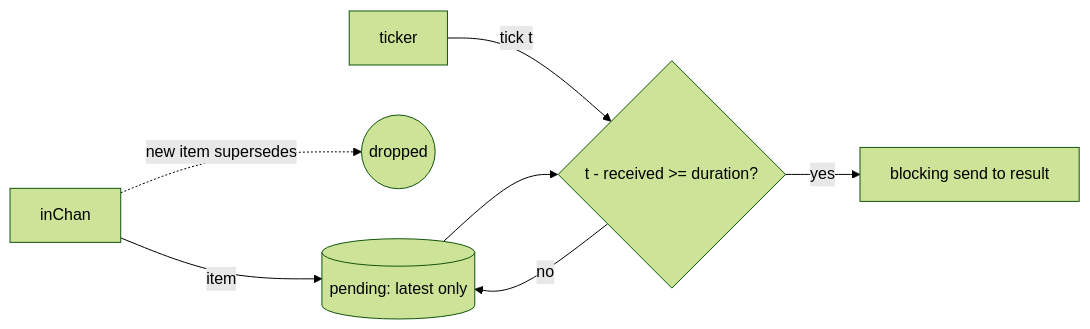
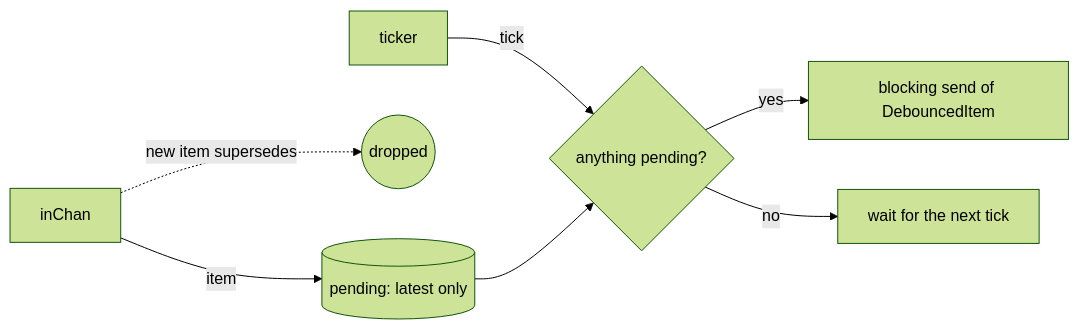
Before and after one commit to skulpturenz/timeboxxing: the second of 3 diagrams in sidecar/utils/README.md, drawn with Mermaid (forest theme). The commit also changed other lines of this file and 5 other files, not shown here.

````diff
--- a/sidecar/utils/README.md
+++ b/sidecar/utils/README.md
@@ -173,9 +203,9 @@
 ```mermaid
 flowchart LR
     I[inChan] -->|item| P[(pending: latest only)]
     I -.->|new item supersedes| D((dropped))
-    T[ticker] -->|tick t| G{t - received >= duration?}
+    T[ticker] -->|tick| G{anything pending?}
     P --> G
-    G -->|yes| O[blocking send to result]
-    G -->|no| P
+    G -->|yes| O[blocking send of DebouncedItem]
+    G -->|no| W[wait for the next tick]
 ```
````
